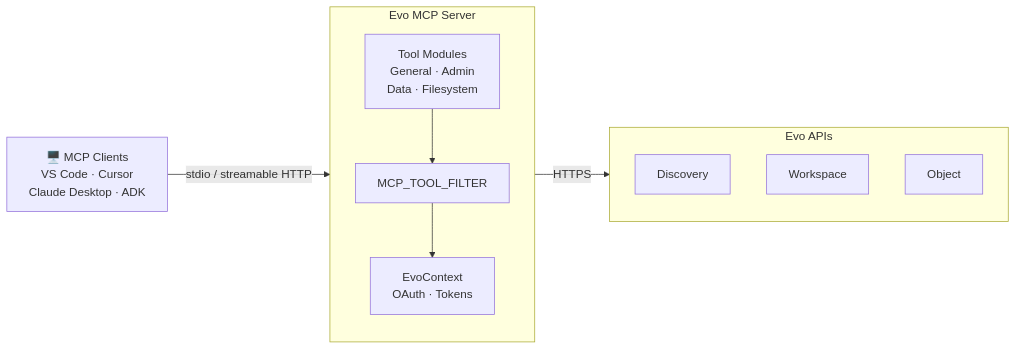
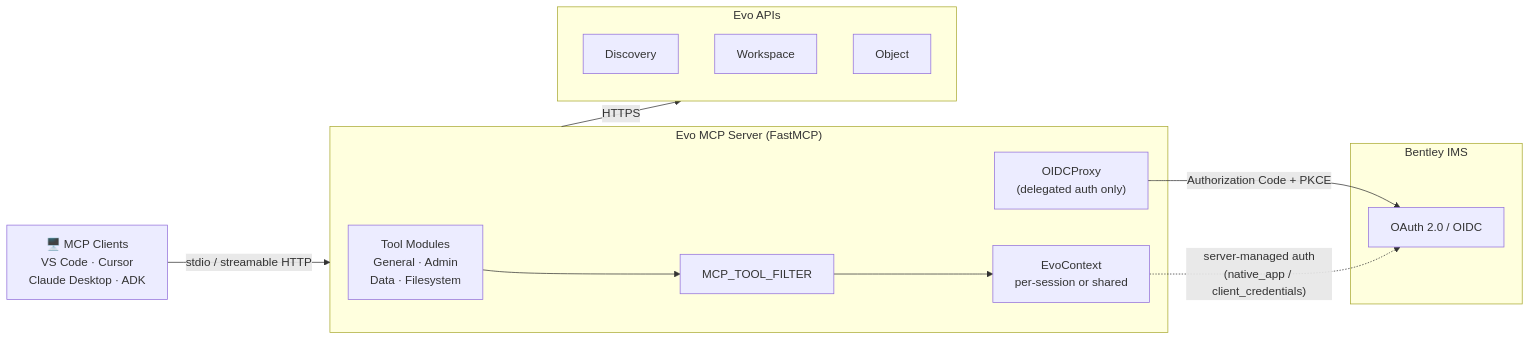
The diagram in README.md (SeequentEvo/evo-mcp), drawn with Mermaid before and after one commit. The commit also changed other lines of this file and 1 other file, not shown here.

Commit message:
Add architecture diagrams, Update README server architecture

````diff
--- a/README.md
+++ b/README.md
@@ -60,19 +60,27 @@
 ```mermaid
 flowchart LR
     Clients["🖥️ MCP Clients<br/>VS Code · Cursor<br/>Claude Desktop · ADK"]
-    Clients -- stdio / streamable HTTP --> Server
+    Clients -- "stdio / streamable HTTP" --> Server
     Server -- HTTPS --> APIs
 
-    subgraph Server[Evo MCP Server]
-        Tools[Tool Modules<br/>General · Admin<br/>Data · Filesystem]
+    subgraph Server["Evo MCP Server (FastMCP)"]
+        Tools["Tool Modules<br/>General · Admin<br/>Data · Filesystem"]
         Filter[MCP_TOOL_FILTER]
-        Context[EvoContext<br/>OAuth · Tokens]
+        Context[EvoContext<br/>per-session or shared]
+        Proxy["OIDCProxy<br/>(delegated auth only)"]
         Tools --> Filter --> Context
+    end
+
+    subgraph IMS["Bentley IMS"]
+        OIDC[OAuth 2.0 / OIDC]
     end
 
     subgraph APIs[Evo APIs]
         Discovery[Discovery]
         Workspace[Workspace]
         Object[Object]
     end
+
+    Proxy -- "Authorization Code + PKCE" --> OIDC
+    Context -. "server-managed auth<br/>(native_app / client_credentials)" .-> OIDC
 ```
````
